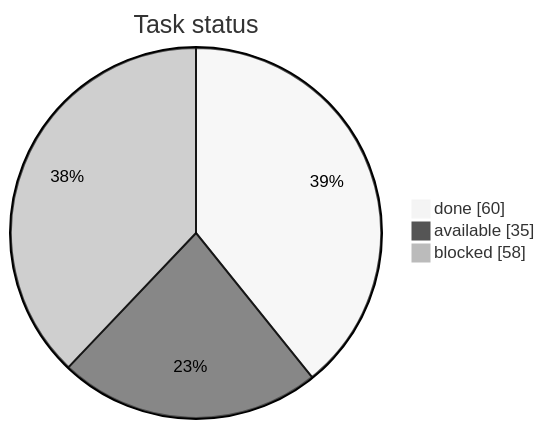
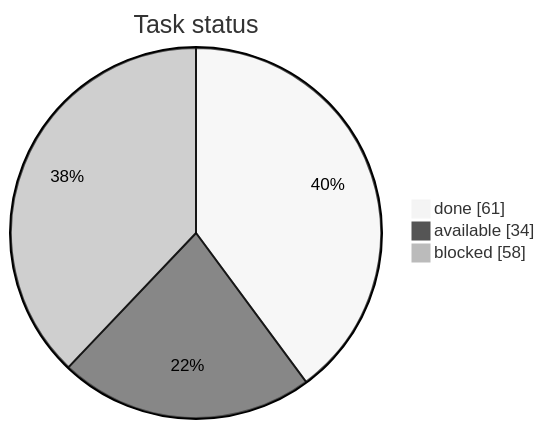
The first of 3 diagrams in STATUS.md (artemiiShabanov/RallyRivals), drawn with Mermaid (neutral theme) before and after one commit. The commit also changed other lines of this file and 6 other files, not shown here.

````diff
--- a/STATUS.md
+++ b/STATUS.md
@@ -7,7 +7,7 @@
 ```mermaid
 pie showData
     title Task status
-    "done" : 60
-    "available" : 35
+    "done" : 61
+    "available" : 34
     "blocked" : 58
 ```
````
